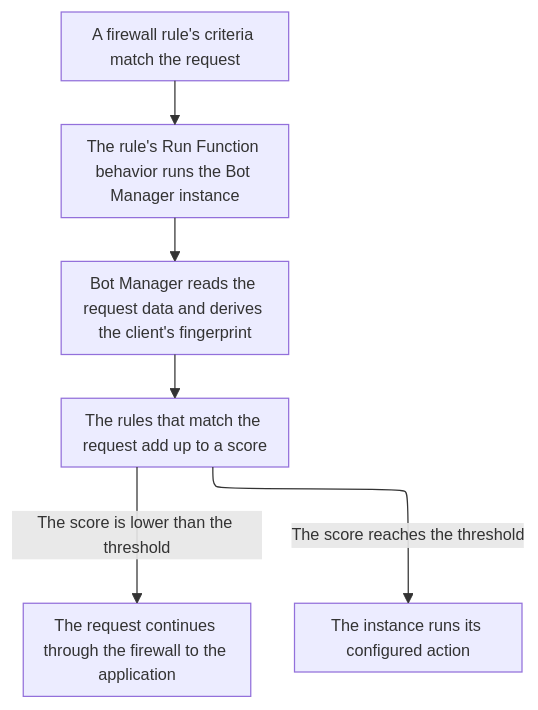
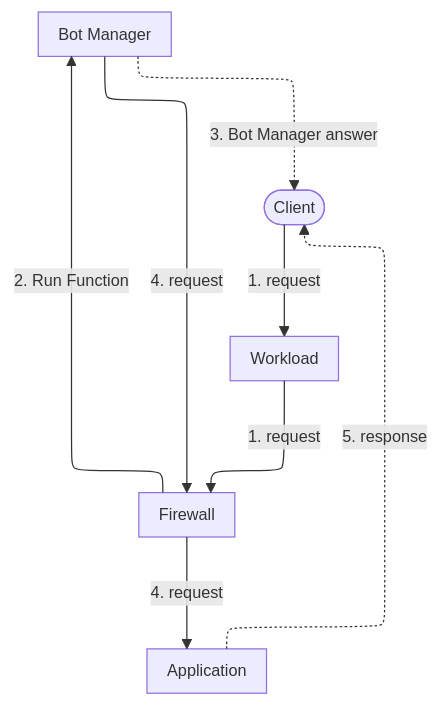
Before and after one commit to aziontech/docs: the diagram in apps/docs/src/content/docs/en/pages/secure/bot-manager/overview.mdx, drawn with Mermaid. The commit also changed other lines of this file and 233 other files, not shown here.

````diff
--- a/apps/docs/src/content/docs/en/pages/secure/bot-manager/overview.mdx
+++ b/apps/docs/src/content/docs/en/pages/secure/bot-manager/overview.mdx
@@ -59,9 +32,16 @@
 ```mermaid
-%%{init: {"layout": "elk", "themeVariables": {"fontSize": "13px"}, "flowchart": {"nodeSpacing": 24, "rankSpacing": 36, "padding": 8, "wrappingWidth": 150, "useMaxWidth": true}, "sequence": {"width": 120, "actorMargin": 30, "useMaxWidth": true}}}%%
+%%{init: {"layout": "elk", "elk": {"cycleBreakingStrategy": "MODEL_ORDER"}, "themeVariables": {"fontSize": "13px"}, "flowchart": {"nodeSpacing": 24, "rankSpacing": 36, "padding": 8, "wrappingWidth": 150, "useMaxWidth": true}, "sequence": {"width": 120, "actorMargin": 30, "useMaxWidth": true}}}%%
 flowchart TD
-  Match["A firewall rule's criteria match the request"] --> Run["The rule's Run Function behavior runs the Bot Manager instance"]
-  Run --> Data["Bot Manager reads the request data and derives the client's fingerprint"]
-  Data --> Score["The rules that match the request add up to a score"]
-  Score -->|"The score is lower than the threshold"| Next["The request continues through the firewall to the application"]
-  Score -->|"The score reaches the threshold"| Act["The instance runs its configured action"]
+  Client(["Client"])
+  WL["Workload"]
+  FW["Firewall"]
+  BM["Bot Manager"]
+  App["Application"]
+  Client -->|"1. request"| WL
+  WL -->|"1. request"| FW
+  FW -->|"2. Run Function"| BM
+  BM -.->|"3. Bot Manager answer"| Client
+  BM -->|"4. request"| FW
+  FW -->|"4. request"| App
+  App -.->|"5. response"| Client
 ```
````
